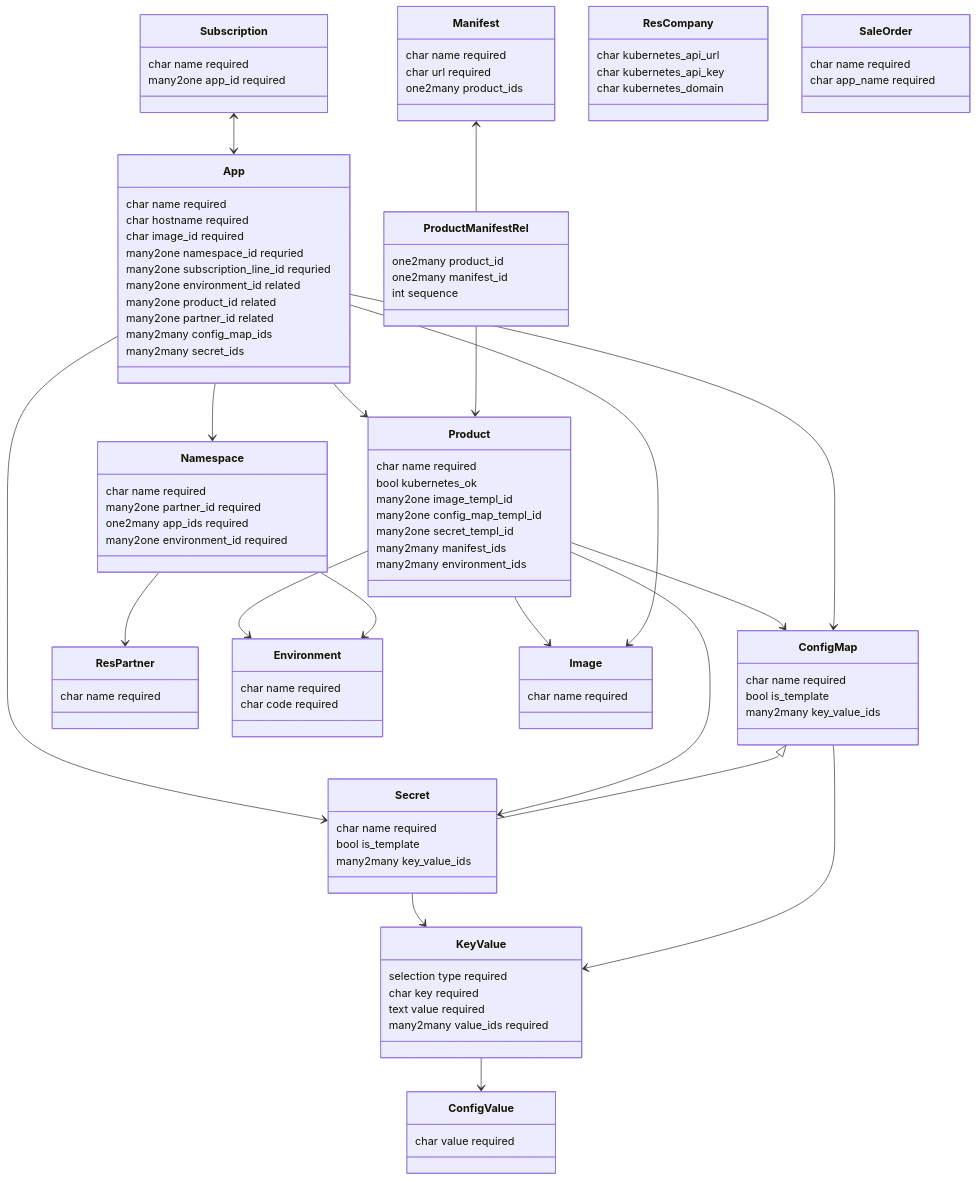
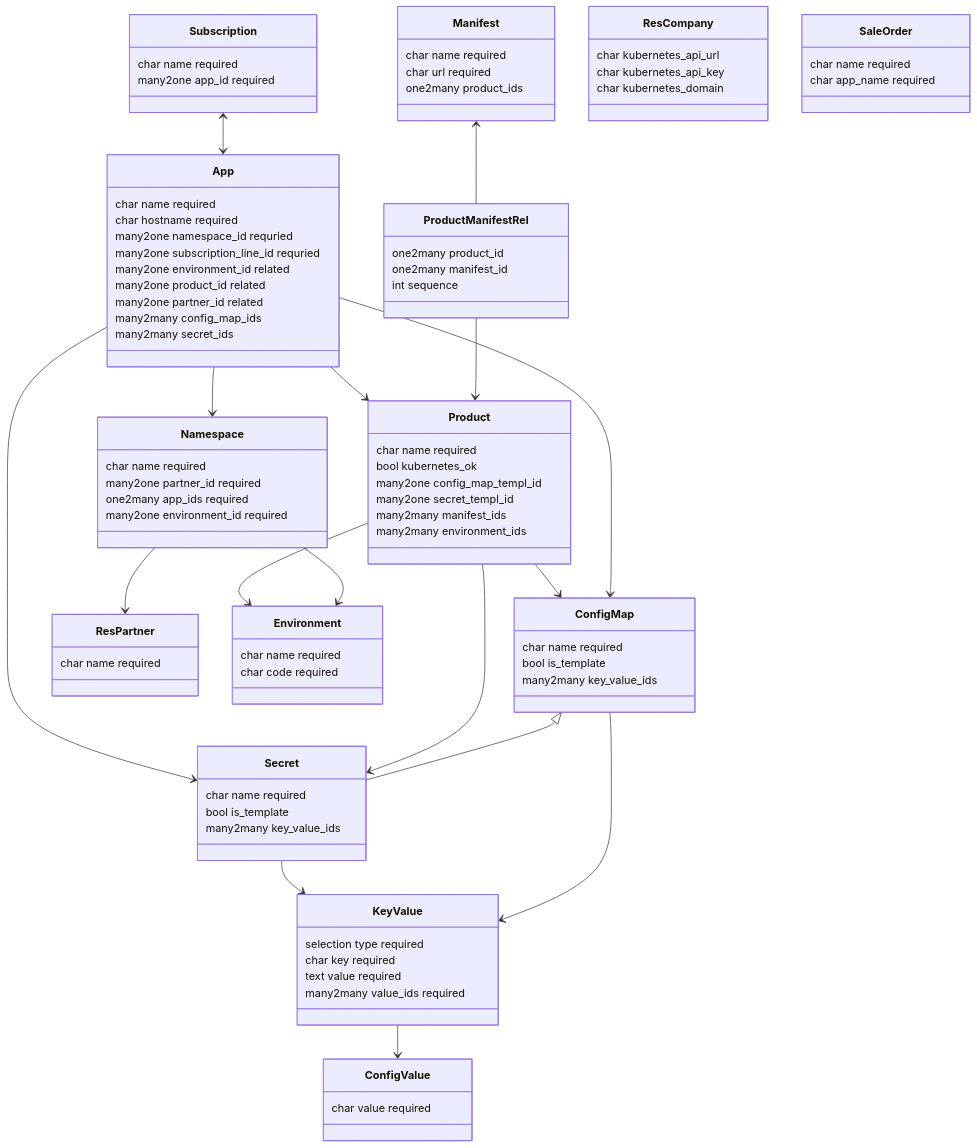
One commit to Mint-System/Wiki changed the diagram in Specification Website Sale Kubernetes Subscription OCA.md. Above: the diagram before and after it, drawn with Mermaid. The commit also changed other lines of this file and 1 other file, not shown here.

```diff
--- a/Specification Website Sale Kubernetes Subscription OCA.md
+++ b/Specification Website Sale Kubernetes Subscription OCA.md
@@ -34,8 +34,6 @@
     Namespace --> Environment
     Product --> Environment
     App --> Product
-    App --> Image
-    Product --> Image
     ConfigMap <|--Secret
     Product --> Secret
     App --> Secret
@@ -44,7 +42,6 @@
     class App{
 		char name required
 		char hostname required
-		char image_id required
 		
 		many2one namespace_id requried
 		many2one subscription_line_id requried
@@ -61,10 +58,6 @@
 		char kubernetes_api_url
 		char kubernetes_api_key
 		char kubernetes_domain
-    }
-
-    class Image{
-		char name required
     }
 
     class ConfigMap{
@@ -116,7 +109,6 @@
 		char name required
 		bool kubernetes_ok
 		
-		many2one image_templ_id
 		many2one config_map_templ_id
 		many2one secret_templ_id
 		
```
